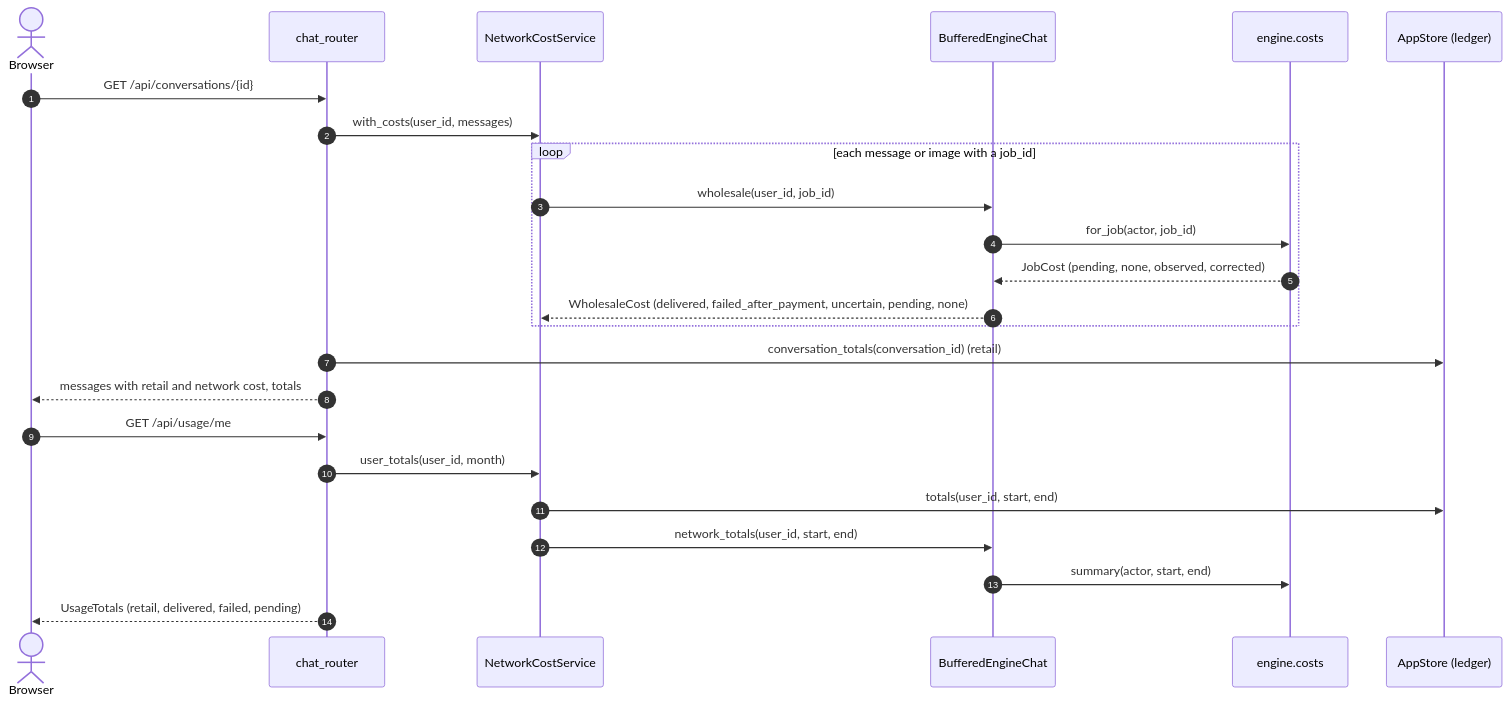
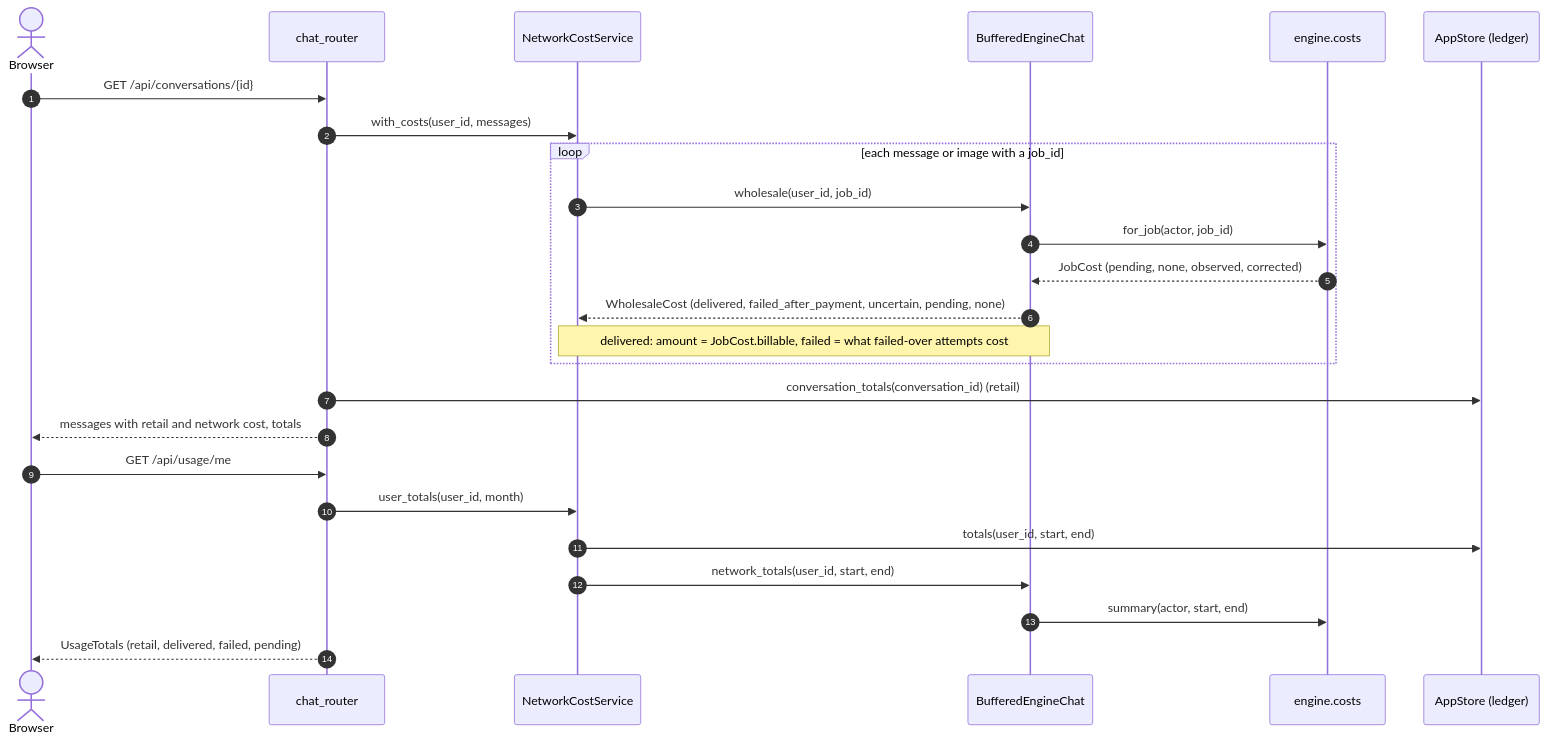
The tenth of 10 diagrams in docs/design-docs/builder-core-in-chatlpt.md (NE-Build-Track/chatlpt-sample-enterprise-app), drawn with Mermaid before and after one commit. The commit also changed other lines of this file, not shown here.

First line of the commit message:
docs(builder-core): describe 2134e29: paid failover, billable, paid failures (D52)

````diff
--- a/docs/design-docs/builder-core-in-chatlpt.md
+++ b/docs/design-docs/builder-core-in-chatlpt.md
@@ -501,26 +504,27 @@
 ```mermaid
 sequenceDiagram
     autonumber
     actor Br as Browser
     participant R as chat_router
     participant Net as NetworkCostService
     participant B as BufferedEngineChat
     participant Eng as engine.costs
     participant Ledger as AppStore (ledger)
     Br->>R: GET /api/conversations/{id}
     R->>Net: with_costs(user_id, messages)
     loop each message or image with a job_id
         Net->>B: wholesale(user_id, job_id)
         B->>Eng: for_job(actor, job_id)
         Eng-->>B: JobCost (pending, none, observed, corrected)
         B-->>Net: WholesaleCost (delivered, failed_after_payment, uncertain, pending, none)
+        Note over B,Net: delivered: amount = JobCost.billable, failed = what failed-over attempts cost
     end
     R->>Ledger: conversation_totals(conversation_id) (retail)
     R-->>Br: messages with retail and network cost, totals
     Br->>R: GET /api/usage/me
     R->>Net: user_totals(user_id, month)
     Net->>Ledger: totals(user_id, start, end)
     Net->>B: network_totals(user_id, start, end)
     B->>Eng: summary(actor, start, end)
     R-->>Br: UsageTotals (retail, delivered, failed, pending)
 ```
````
